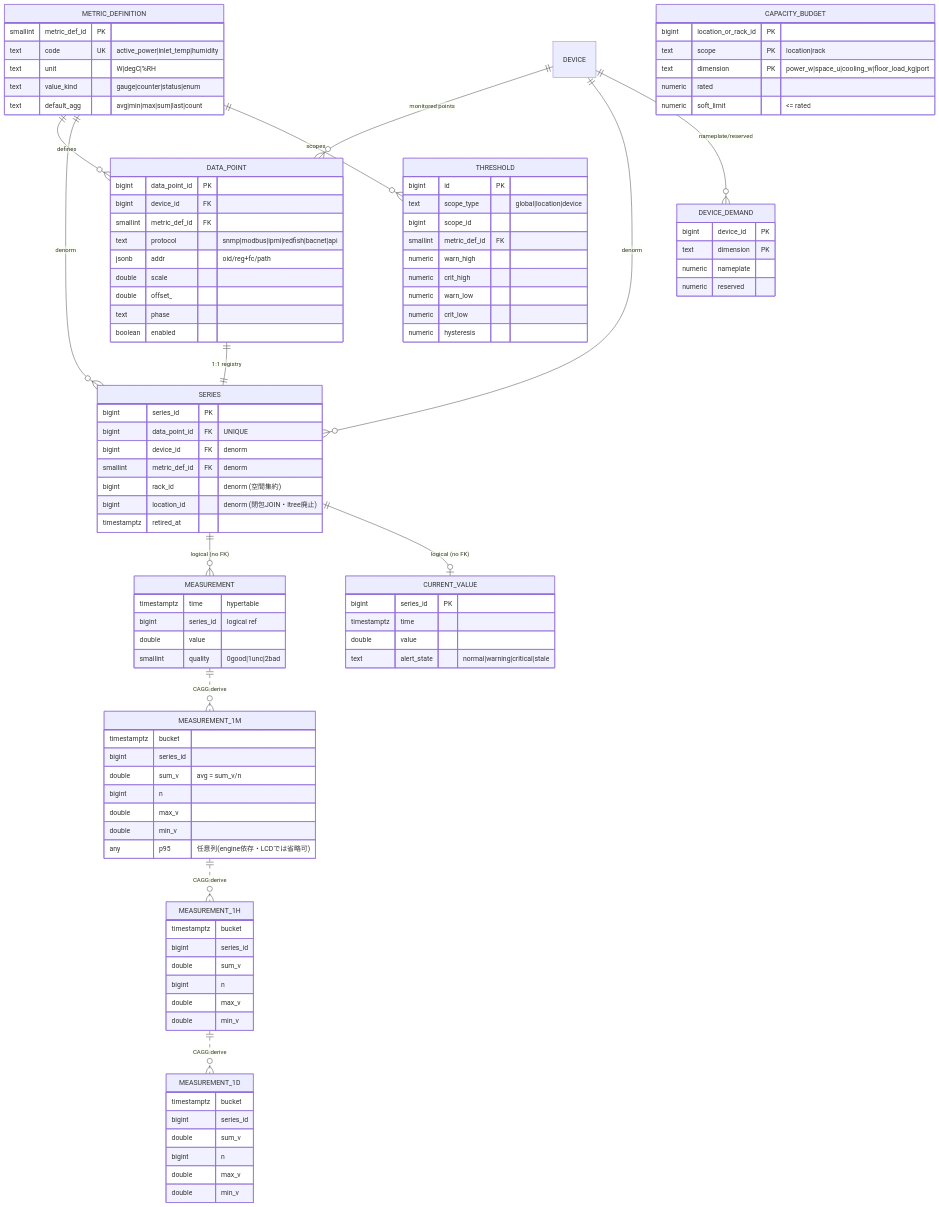
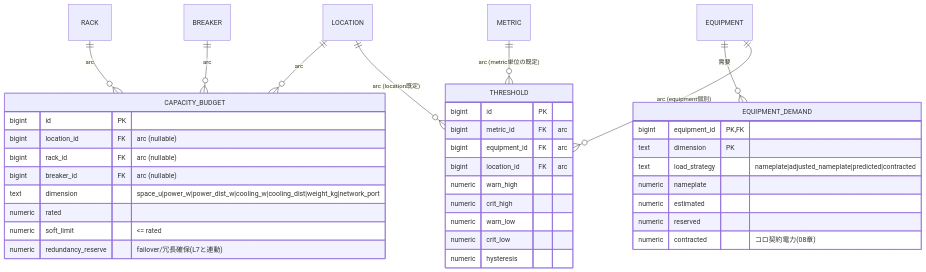
Before and after one commit to hn-11/dcim-schema-design: the seventh of 8 diagrams in 05-er-diagram.md, drawn with Mermaid. The commit also changed other lines of this file and 12 other files, not shown here.

First line of the commit message:
Update README.md to refine schema design documentation and clarify project goals

````diff
--- a/05-er-diagram.md
+++ b/05-er-diagram.md
@@ -270,104 +373,41 @@
 ```mermaid
 erDiagram
-    METRIC_DEFINITION ||--o{ DATA_POINT : defines
-    DEVICE ||--o{ DATA_POINT : "monitored points"
-    DATA_POINT ||--|| SERIES : "1:1 registry"
-    DEVICE ||--o{ SERIES : "denorm"
-    METRIC_DEFINITION ||--o{ SERIES : "denorm"
-    SERIES ||--o{ MEASUREMENT : "logical (no FK)"
-    SERIES ||--o| CURRENT_VALUE : "logical (no FK)"
-    MEASUREMENT ||..o{ MEASUREMENT_1M : "CAGG derive"
-    MEASUREMENT_1M ||..o{ MEASUREMENT_1H : "CAGG derive"
-    MEASUREMENT_1H ||..o{ MEASUREMENT_1D : "CAGG derive"
-    METRIC_DEFINITION ||--o{ THRESHOLD : scopes
-    DEVICE ||--o{ DEVICE_DEMAND : "nameplate/reserved"
+    LOCATION ||--o{ CAPACITY_BUDGET : "arc"
+    RACK ||--o{ CAPACITY_BUDGET : "arc"
+    BREAKER ||--o{ CAPACITY_BUDGET : "arc"
+    EQUIPMENT ||--o{ EQUIPMENT_DEMAND : 需要
+    METRIC ||--o{ THRESHOLD : "arc (metric単位の既定)"
+    EQUIPMENT ||--o{ THRESHOLD : "arc (equipment個別)"
+    LOCATION ||--o{ THRESHOLD : "arc (location既定)"
 
-    METRIC_DEFINITION {
-        smallint metric_def_id PK
-        text code UK "active_power|inlet_temp|humidity"
-        text unit "W|degC|%RH"
-        text value_kind "gauge|counter|status|enum"
-        text default_agg "avg|min|max|sum|last|count"
+    CAPACITY_BUDGET {
+        bigint id PK
+        bigint location_id FK "arc (nullable)"
+        bigint rack_id FK "arc (nullable)"
+        bigint breaker_id FK "arc (nullable)"
+        text dimension "space_u|power_w|power_dist_w|cooling_w|cooling_dist|weight_kg|network_port"
+        numeric rated
+        numeric soft_limit "<= rated"
+        numeric redundancy_reserve "failover/冗長確保(L7と連動)"
     }
-    DATA_POINT {
-        bigint data_point_id PK
-        bigint device_id FK
-        smallint metric_def_id FK
-        text protocol "snmp|modbus|ipmi|redfish|bacnet|api"
-        jsonb addr "oid/reg+fc/path"
-        double scale
-        double offset_
-        text phase
-        boolean enabled
-    }
-    SERIES {
-        bigint series_id PK
-        bigint data_point_id FK "UNIQUE"
-        bigint device_id FK "denorm"
-        smallint metric_def_id FK "denorm"
-        bigint rack_id "denorm (空間集約)"
-        bigint location_id "denorm (閉包JOIN・ltree廃止)"
-        timestamptz retired_at
-    }
-    MEASUREMENT {
-        timestamptz time "hypertable"
-        bigint series_id "logical ref"
-        double value
-        smallint quality "0good|1unc|2bad"
-    }
-    MEASUREMENT_1M {
-        timestamptz bucket
-        bigint series_id
-        double sum_v "avg = sum_v/n"
-        bigint n
-        double max_v
-        double min_v
-        any p95 "任意列(engine依存・LCDでは省略可)"
-    }
-    MEASUREMENT_1H {
-        timestamptz bucket
-        bigint series_id
-        double sum_v
-        bigint n
-        double max_v
-        double min_v
-    }
-    MEASUREMENT_1D {
-        timestamptz bucket
-        bigint series_id
-        double sum_v
-        bigint n
-        double max_v
-        double min_v
-    }
-    CURRENT_VALUE {
-        bigint series_id PK
-        timestamptz time
-        double value
-        text alert_state "normal|warning|critical|stale"
+    EQUIPMENT_DEMAND {
+        bigint equipment_id PK,FK
+        text dimension PK
+        text load_strategy "nameplate|adjusted_nameplate|predicted|contracted"
+        numeric nameplate
+        numeric estimated
+        numeric reserved
+        numeric contracted "コロ契約電力(08章)"
     }
     THRESHOLD {
         bigint id PK
-        text scope_type "global|location|device"
-        bigint scope_id
-        smallint metric_def_id FK
+        bigint metric_id FK "arc"
+        bigint equipment_id FK "arc"
+        bigint location_id FK "arc"
         numeric warn_high
         numeric crit_high
         numeric warn_low
         numeric crit_low
         numeric hysteresis
     }
-    CAPACITY_BUDGET {
-        bigint location_or_rack_id PK
-        text scope PK "location|rack"
-        text dimension PK "power_w|space_u|cooling_w|floor_load_kg|port"
-        numeric rated
-        numeric soft_limit "<= rated"
-    }
-    DEVICE_DEMAND {
-        bigint device_id PK
-        text dimension PK
-        numeric nameplate
-        numeric reserved
-    }
 ```
````
